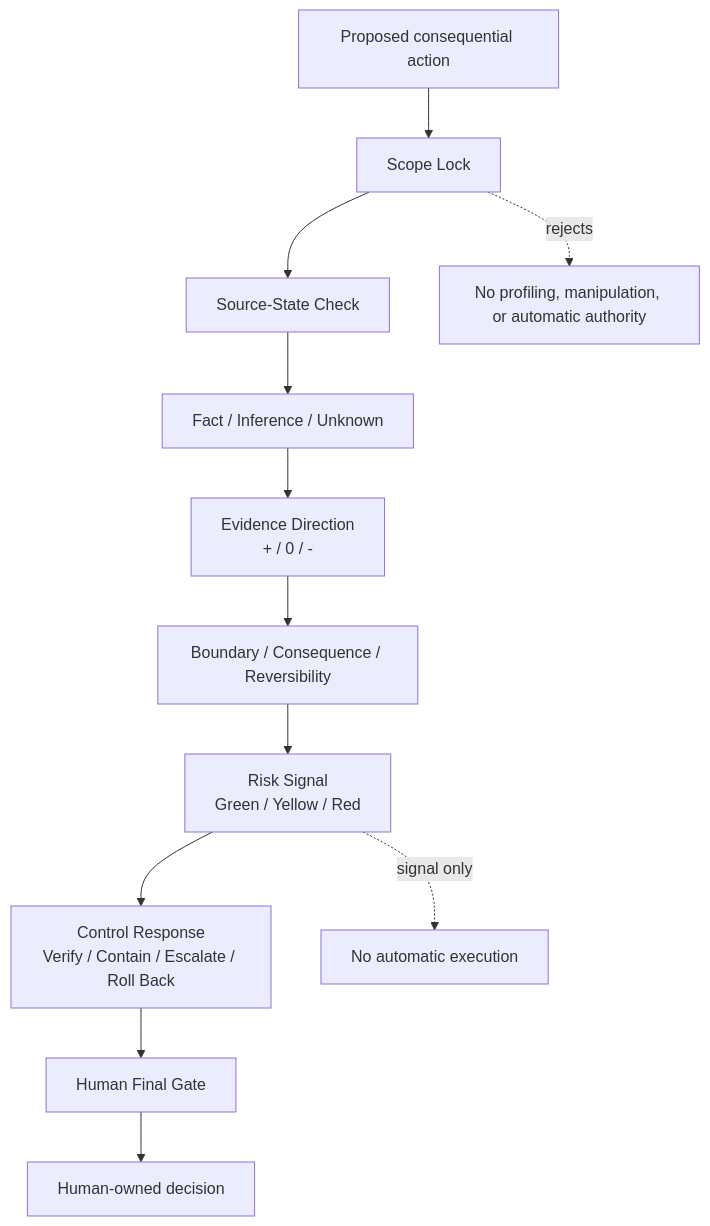
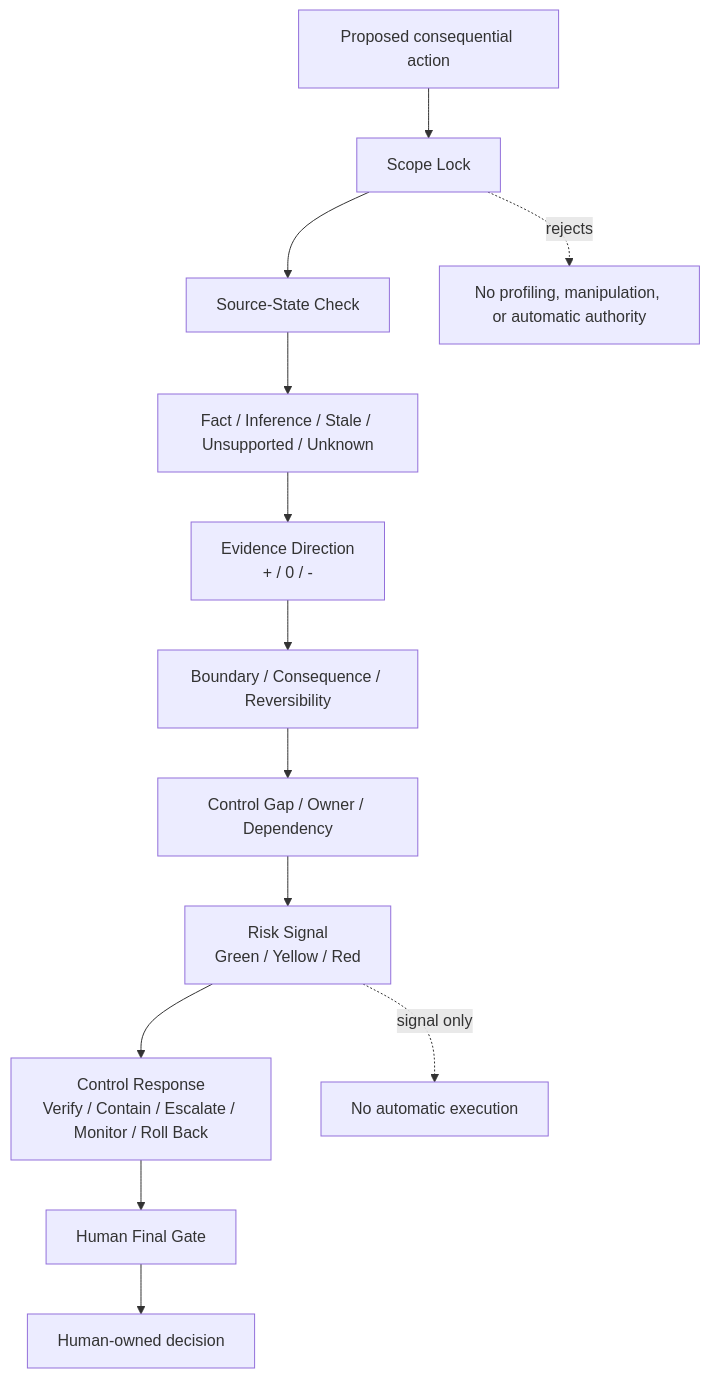
The diagram in README.md (Yelan22CAT/model1), drawn with Mermaid before and after one commit. The commit also changed other lines of this file, not shown here.

````diff
--- a/README.md
+++ b/README.md
@@ -85,15 +82,16 @@
 ```mermaid
 flowchart TD
     A[Proposed consequential action] --> B[Scope Lock]
     B --> C[Source-State Check]
-    C --> D[Fact / Inference / Unknown]
+    C --> D[Fact / Inference / Stale / Unsupported / Unknown]
     D --> E[Evidence Direction<br/>+ / 0 / -]
     E --> F[Boundary / Consequence / Reversibility]
-    F --> G[Risk Signal<br/>Green / Yellow / Red]
-    G --> H[Control Response<br/>Verify / Contain / Escalate / Roll Back]
-    H --> I[Human Final Gate]
-    I --> J[Human-owned decision]
+    F --> G[Control Gap / Owner / Dependency]
+    G --> H[Risk Signal<br/>Green / Yellow / Red]
+    H --> I[Control Response<br/>Verify / Contain / Escalate / Monitor / Roll Back]
+    I --> J[Human Final Gate]
+    J --> K[Human-owned decision]
 
     B -. rejects .-> X[No profiling, manipulation, or automatic authority]
-    G -. signal only .-> Y[No automatic execution]
+    H -. signal only .-> Y[No automatic execution]
 ```
````
